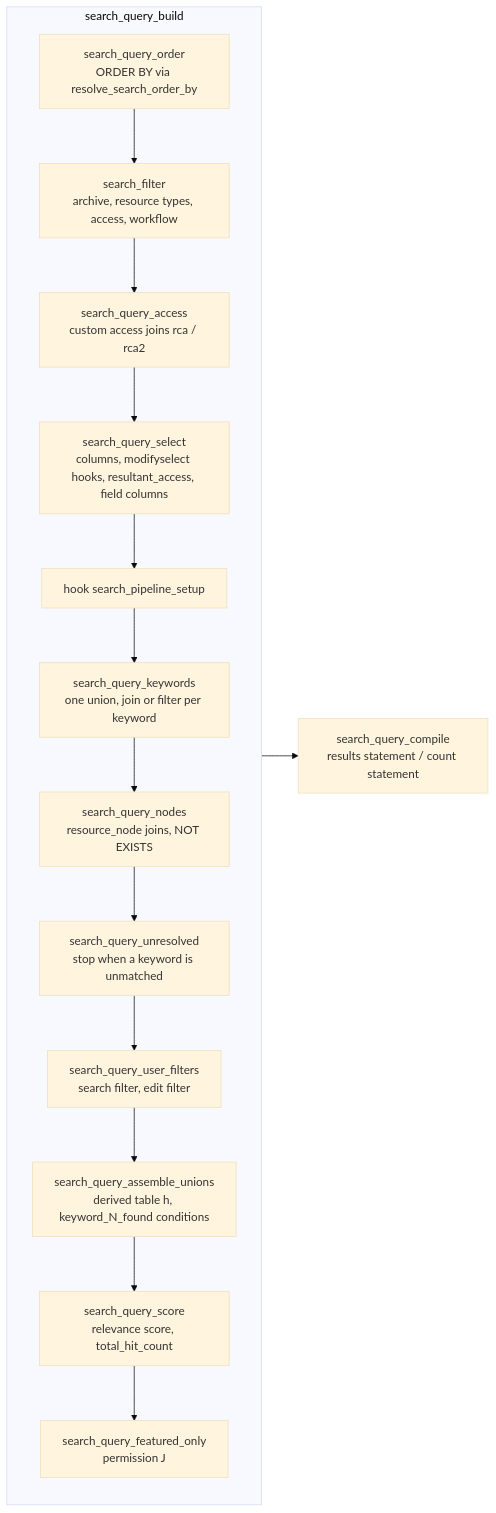
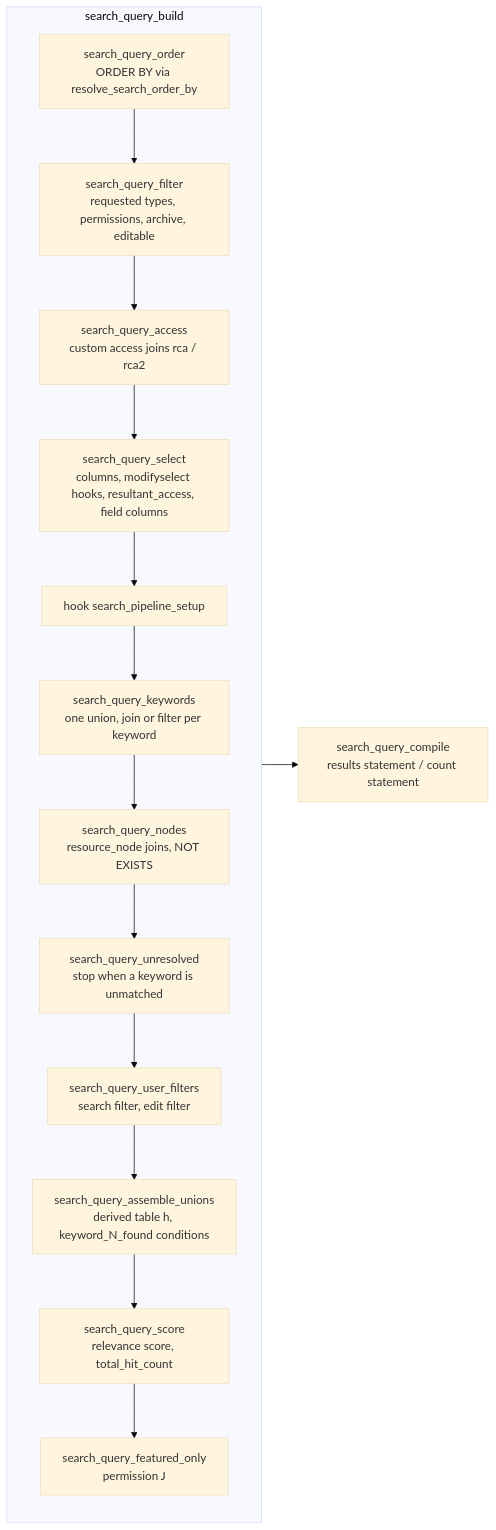
Before and after one commit to cwe/resourcespace: the third of 6 diagrams in documentation/search_pipeline.md, drawn with Mermaid (base theme). The commit also changed other lines of this file and 8 other files, not shown here.

Commit message:
search_filter improvement

````diff
--- a/documentation/search_pipeline.md
+++ b/documentation/search_pipeline.md
@@ -113,18 +114,18 @@
 ```mermaid
 flowchart LR
     subgraph build [search_query_build]
         direction TB
-        O[search_query_order<br>ORDER BY via resolve_search_order_by] --> F[search_filter<br>archive, resource types, access, workflow]
+        O[search_query_order<br>ORDER BY via resolve_search_order_by] --> F[search_query_filter<br>requested types, permissions, archive, editable]
         F --> A[search_query_access<br>custom access joins rca / rca2]
         A --> S[search_query_select<br>columns, modifyselect hooks, resultant_access, field columns]
         S --> P[hook search_pipeline_setup]
         P --> K[search_query_keywords<br>one union, join or filter per keyword]
         K --> N[search_query_nodes<br>resource_node joins, NOT EXISTS]
         N --> SU[search_query_unresolved<br>stop when a keyword is unmatched]
         SU --> UF[search_query_user_filters<br>search filter, edit filter]
         UF --> AU[search_query_assemble_unions<br>derived table h, keyword_N_found conditions]
         AU --> SC[search_query_score<br>relevance score, total_hit_count]
         SC --> FO[search_query_featured_only<br>permission J]
     end
     build --> C[search_query_compile<br>results statement / count statement]
 ```
````
